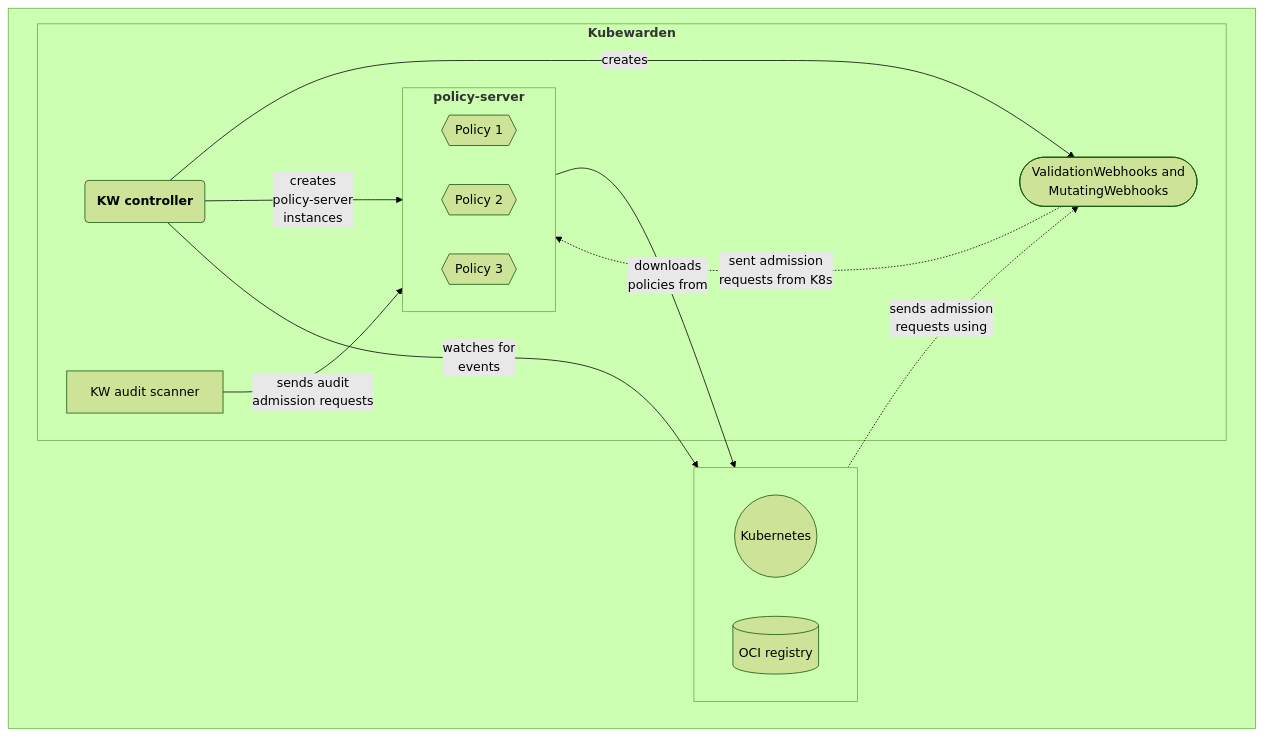
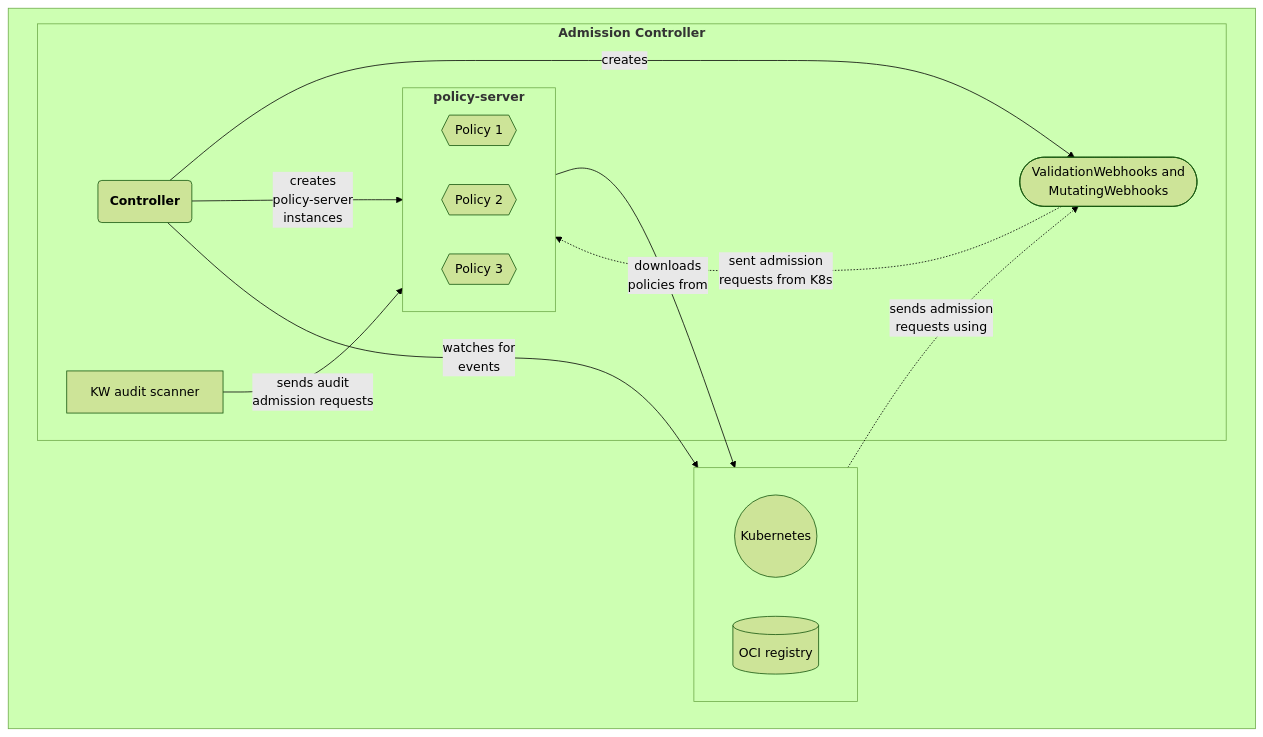
Before and after one commit to rancher/kubewarden-product-docs: the diagram in docs/version-1.30/modules/en/pages/explanations/architecture.adoc, drawn with Mermaid (forest theme). The commit also changed other lines of this file and 121 other files, not shown here.

Commit message:
Name change to SUSE Security Admission Controller.

```diff
--- a/docs/version-1.30/modules/en/pages/explanations/architecture.adoc
+++ b/docs/version-1.30/modules/en/pages/explanations/architecture.adoc
@@ -140,39 +140,39 @@
 [mermaid]
 ....
 %%{
   init: {
     "flowchart": {
       "htmlLabels": false,
     }
   }
 }%%
 graph LR
-    accTitle: Kubewarden architecture
-    accDescr: A diagram showing the architecture of Kubewarden components.
+    accTitle: Admission Controller architecture
+    accDescr: A diagram showing the architecture of Admission Controller components.
     subgraph " "
       direction LR
       subgraph " "
         direction LR
           k8s(("Kubernetes"))
           registry[("OCI registry")]
         end
-        subgraph kw["`**Kubewarden**`"]
-          controller("`**KW controller**`")
+        subgraph kw["`**Admission Controller**`"]
+          controller("`**Controller**`")
           subgraph policy-server["`**policy-server**`"]
             direction LR
             kw-policy-1{{"Policy 1"}}
             kw-policy-2{{"Policy 2"}}
             kw-policy-3{{"Policy 3"}}
         end
         webhooks(["ValidationWebhooks and\nMutatingWebhooks"])
         audit-scanner["KW audit scanner"]
       end
     end
     policy-server -->|"downloads\npolicies from"| registry
     controller -->|"watches for\nevents"| k8s
     controller -->|"creates"| webhooks
     controller -->|"creates\npolicy-server\ninstances"| policy-server
     k8s -. "sends admission\nrequests using" .-> webhooks
     webhooks -. "sent admission\nrequests from K8s" .-> policy-server
     audit-scanner -->|"sends audit\nadmission requests"| policy-server
 ....
```
